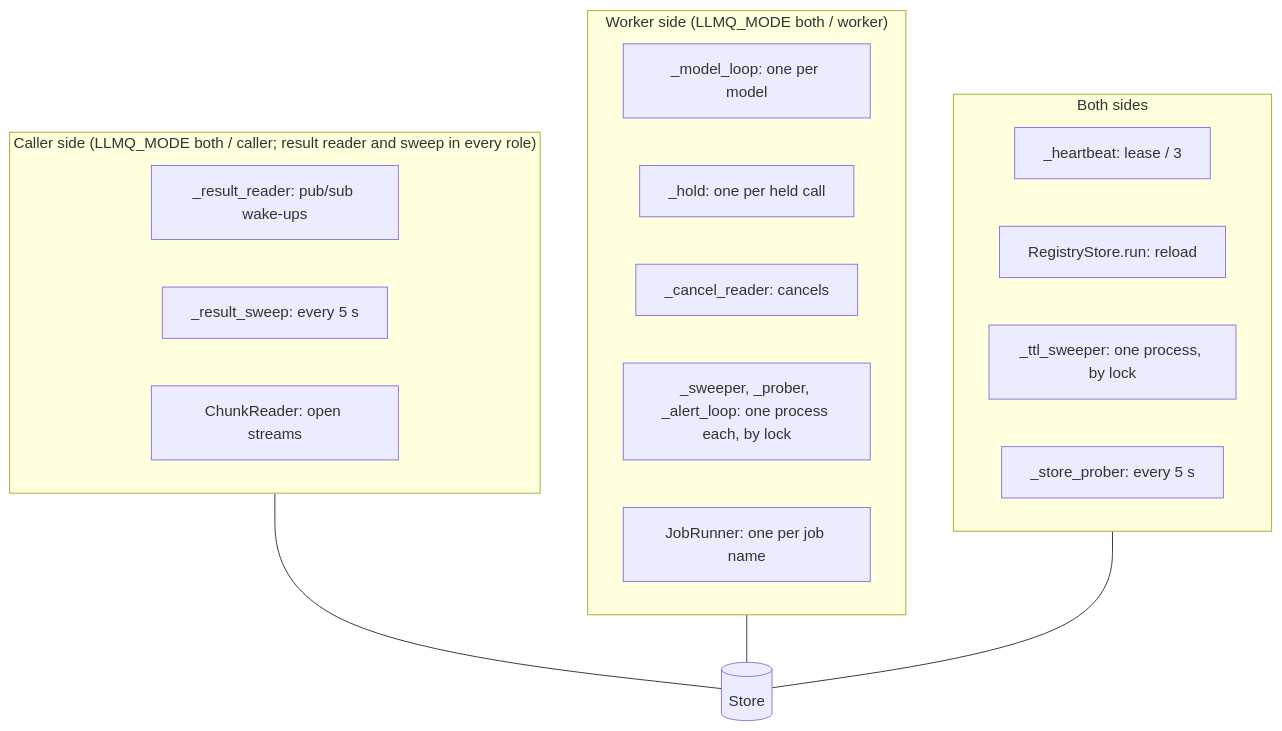
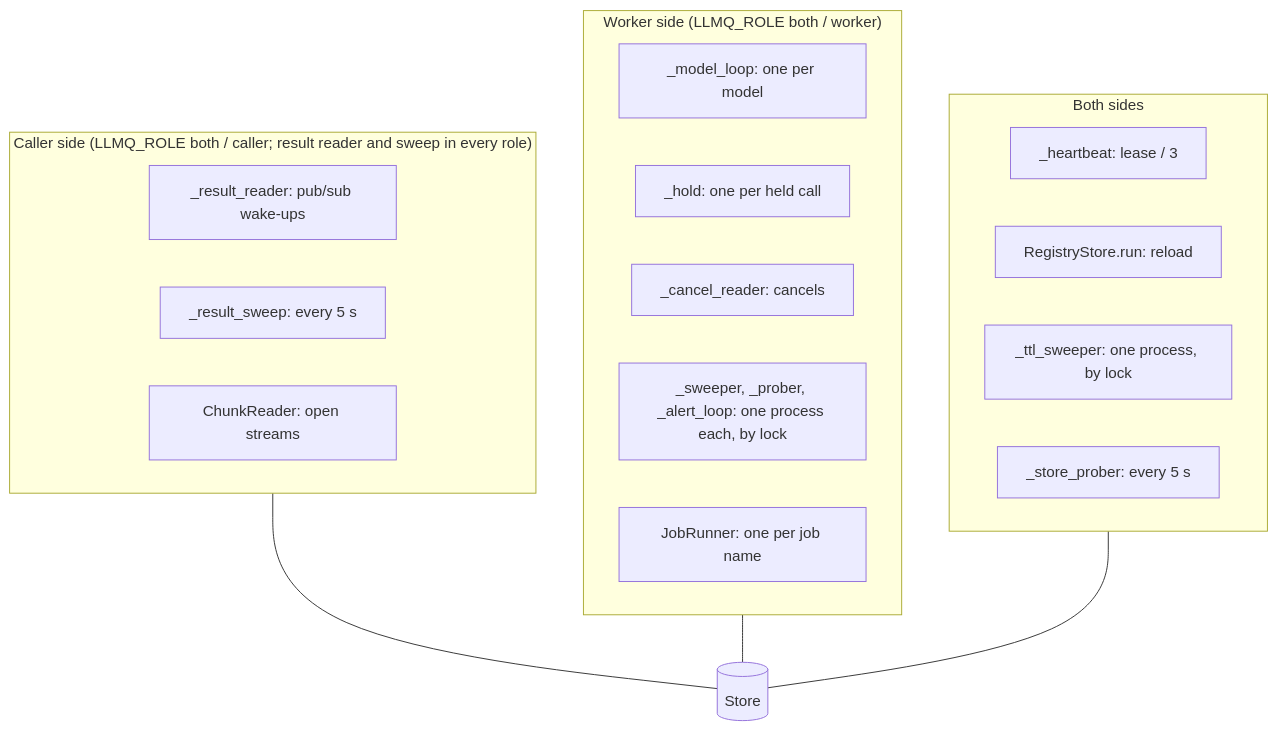
The diagram in docs/explanation/background.md (techiewonk/llm-queue), drawn with Mermaid before and after one commit. The commit also changed other lines of this file and 92 other files, not shown here.

````diff
--- a/docs/explanation/background.md
+++ b/docs/explanation/background.md
@@ -7,25 +7,25 @@
 ```mermaid
 flowchart TB
-  subgraph caller["Caller side (LLMQ_MODE both / caller; result reader and sweep in every role)"]
+  subgraph caller["Caller side (LLMQ_ROLE both / caller; result reader and sweep in every role)"]
     c1["_result_reader: pub/sub wake-ups"]
     c2["_result_sweep: every 5 s"]
     c3["ChunkReader: open streams"]
   end
-  subgraph worker["Worker side (LLMQ_MODE both / worker)"]
+  subgraph worker["Worker side (LLMQ_ROLE both / worker)"]
     w1["_model_loop: one per model"]
     w2["_hold: one per held call"]
     w3["_cancel_reader: cancels"]
     w4["_sweeper, _prober, _alert_loop: one process each, by lock"]
     w5["JobRunner: one per job name"]
   end
   subgraph both["Both sides"]
     b1["_heartbeat: lease / 3"]
     b2["RegistryStore.run: reload"]
     b3["_ttl_sweeper: one process, by lock"]
     b4["_store_prober: every 5 s"]
   end
   STORE[("Store")]
   caller --- STORE
   worker --- STORE
   both --- STORE
 ```
````
